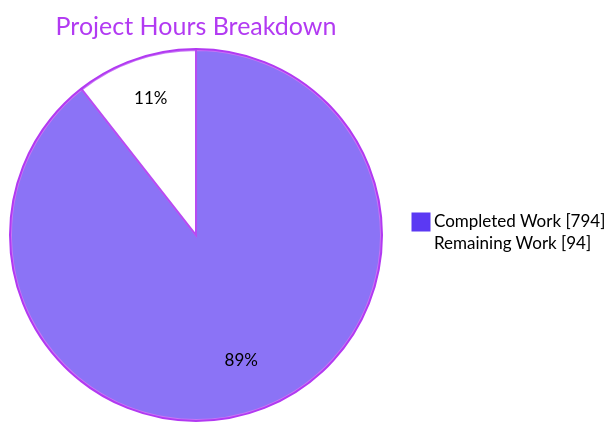
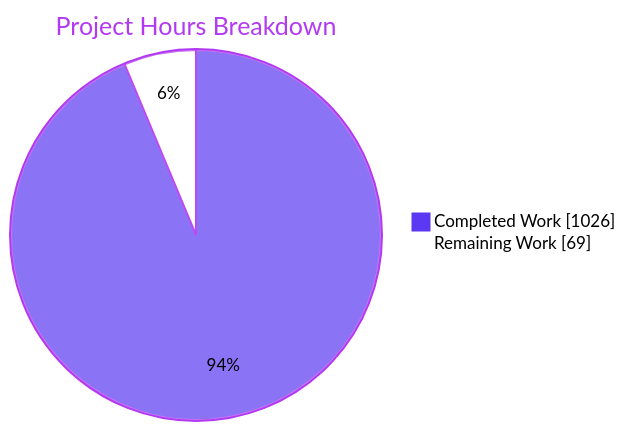
The second of 3 diagrams in blitzy/documentation/Project Guide.md (blitzy-research/odoo), drawn with Mermaid before and after one commit. The commit also changed other lines of this file, not shown here.

Commit message:
Adding Blitzy Project Guide: Project Status and Human Tasks Remaining

````diff
--- a/blitzy/documentation/Project Guide.md
+++ b/blitzy/documentation/Project Guide.md
@@ -203,6 +219,6 @@
 ```mermaid
 %%{init: {'theme':'base','themeVariables':{'pie1':'#5B39F3','pie2':'#FFFFFF','pieStrokeColor':'#B23AF2','pieOuterStrokeColor':'#B23AF2','pieSectionTextColor':'#000000','pieTitleTextColor':'#B23AF2','pieLegendTextColor':'#000000'}}}%%
 pie showData title Project Hours Breakdown
-    "Completed Work" : 794
-    "Remaining Work" : 94
+    "Completed Work" : 1026
+    "Remaining Work" : 69
 ```
````
